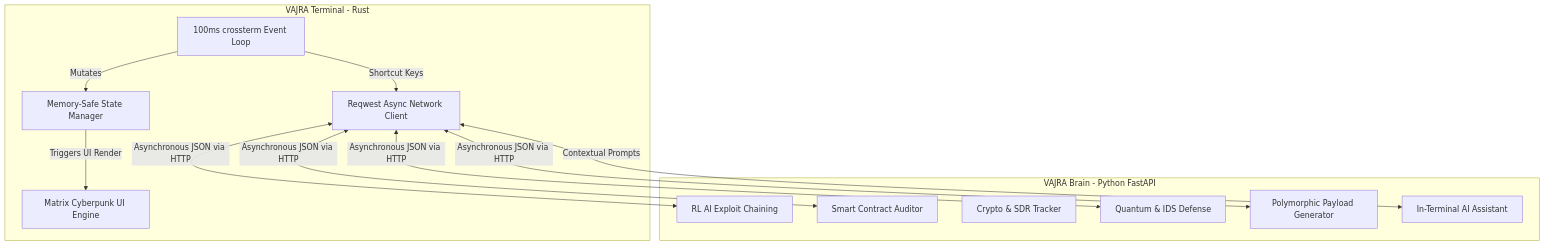
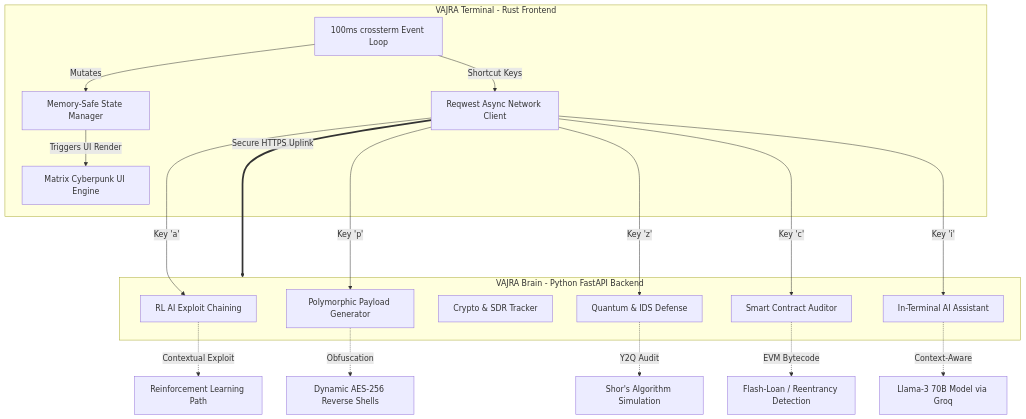
Before and after one commit to thecnical/vajra-terminal: the diagram in README.md, drawn with Mermaid. The commit also changed other lines of this file, not shown here.

Commit message:
Docs: Refined architecture flow, removed broken assets, hid backend connection details

````diff
--- a/README.md
+++ b/README.md
@@ -48,27 +53,40 @@
 ```mermaid
 graph TD;
-    subgraph Terminal[VAJRA Terminal - Rust]
+    subgraph Terminal[VAJRA Terminal - Rust Frontend]
         UI[Matrix Cyberpunk UI Engine]
         State[Memory-Safe State Manager]
         Events[100ms crossterm Event Loop]
         Client[Reqwest Async Network Client]
     end
 
-    subgraph Brain[VAJRA Brain - Python FastAPI]
+    subgraph Brain[VAJRA Brain - Python FastAPI Backend]
         AI[RL AI Exploit Chaining]
         Web3[Smart Contract Auditor]
         OSINT[Crypto & SDR Tracker]
         Defense[Quantum & IDS Defense]
         Poly[Polymorphic Payload Generator]
         Chat[In-Terminal AI Assistant]
     end
 
+    %% Core Connectivity
     Events -->|Mutates| State
     State -->|Triggers UI Render| UI
     Events -->|Shortcut Keys| Client
-    Client <-->|Asynchronous JSON via HTTP| AI
-    Client <-->|Asynchronous JSON via HTTP| Web3
-    Client <-->|Asynchronous JSON via HTTP| Defense
-    Client <-->|Asynchronous JSON via HTTP| Poly
-    Client <-->|Contextual Prompts| Chat
+    Client ====>|Secure HTTPS Uplink| Brain
+
+    %% Execution Flows
+    Client -->|Key 'a'| AI
+    AI -.->|Contextual Exploit| RL_Engine[Reinforcement Learning Path]
+    
+    Client -->|Key 'p'| Poly
+    Poly -.->|Obfuscation| AES_Crypt[Dynamic AES-256 Reverse Shells]
+    
+    Client -->|Key 'z'| Defense
+    Defense -.->|Y2Q Audit| Shors_Algo[Shor's Algorithm Simulation]
+
+    Client -->|Key 'c'| Web3
+    Web3 -.->|EVM Bytecode| Flash_Loan[Flash-Loan / Reentrancy Detection]
+
+    Client -->|Key 'i'| Chat
+    Chat -.->|Context-Aware| LLM[Llama-3 70B Model via Groq]
 ```
````
